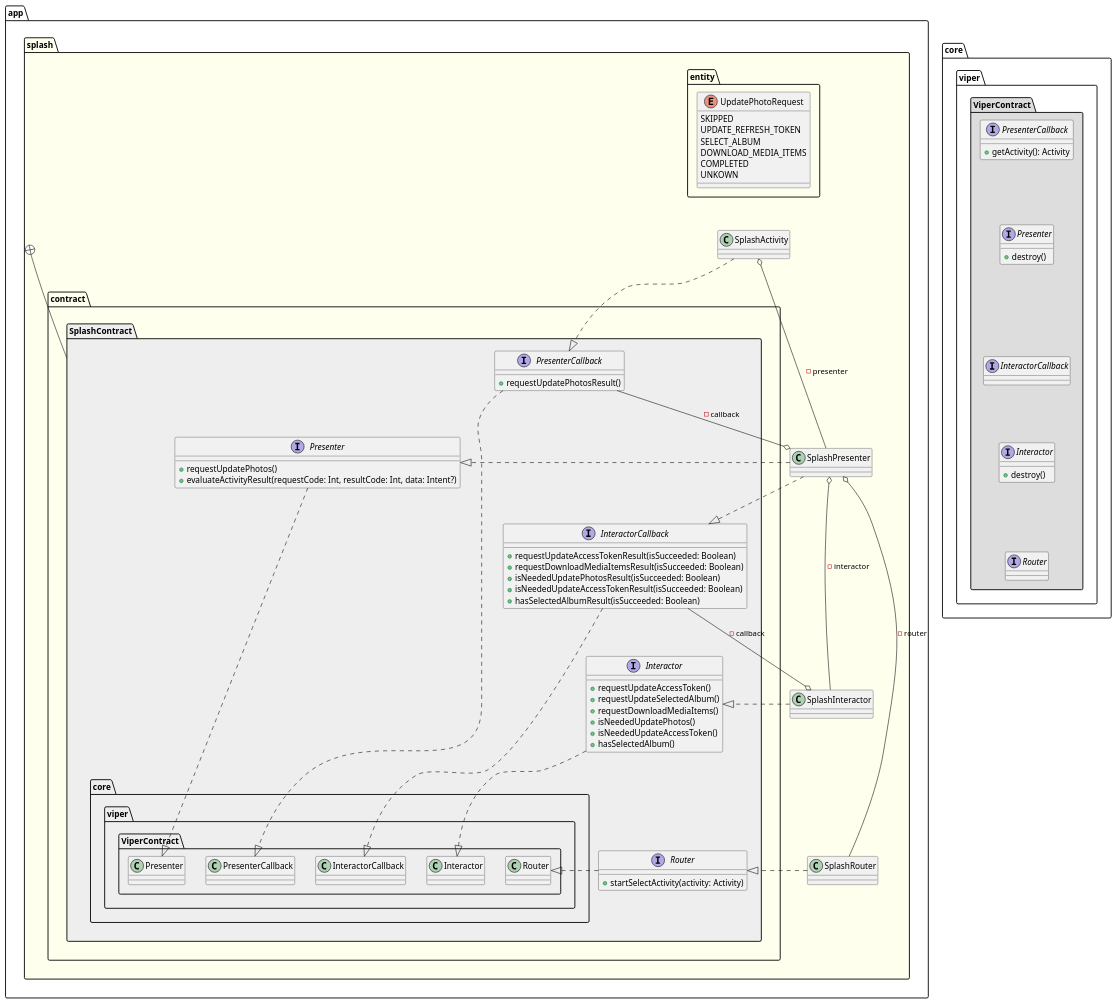
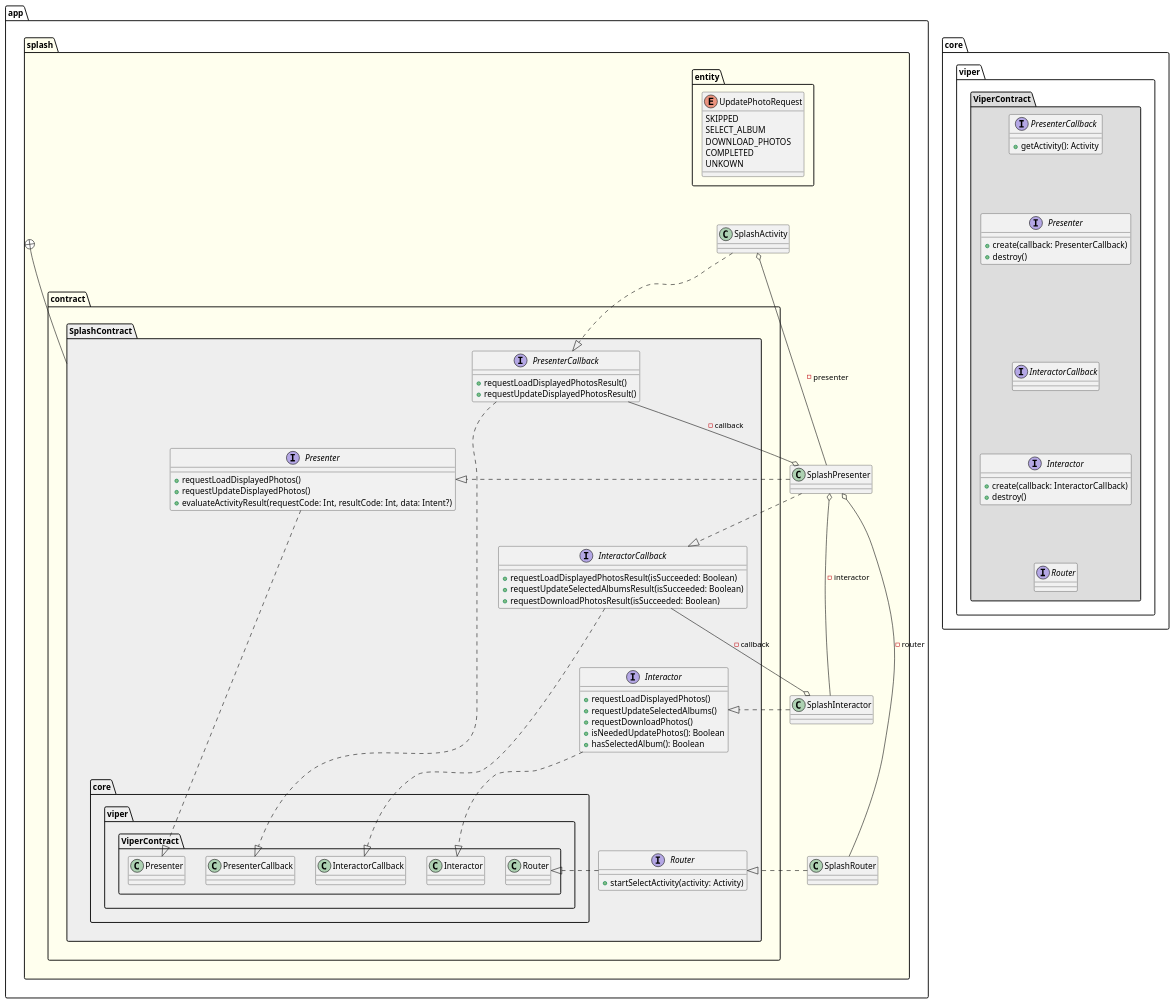
The diagram in uml/main/class_diagram_main_viper.md (sallyluenoa/PhotoSlideShow), drawn with PlantUML before and after one commit. The commit also changed 3 other files, not shown here.

First line of the commit message:
Write UML for design #13

```diff
--- a/uml/main/class_diagram_main_viper.md
+++ b/uml/main/class_diagram_main_viper.md
@@ -20,9 +20,8 @@
   namespace entity {
     enum UpdatePhotoRequest {
       SKIPPED
-      UPDATE_REFRESH_TOKEN
       SELECT_ALBUM
-      DOWNLOAD_MEDIA_ITEMS
+      DOWNLOAD_PHOTOS
       COMPLETED
       UNKOWN
     }
@@ -33,26 +32,25 @@
 
 namespace app.splash.contract.SplashContract #EEEEEE {
   interface Presenter {
-    + requestUpdatePhotos()
+    + requestLoadDisplayedPhotos()
+    + requestUpdateDisplayedPhotos()
     + evaluateActivityResult(requestCode: Int, resultCode: Int, data: Intent?)
   }
   interface PresenterCallback {
-    + requestUpdatePhotosResult()
+    + requestLoadDisplayedPhotosResult()
+    + requestUpdateDisplayedPhotosResult()
   }
   interface Interactor {
-    + requestUpdateAccessToken()
-    + requestUpdateSelectedAlbum()
-    + requestDownloadMediaItems()
-    + isNeededUpdatePhotos()
-    + isNeededUpdateAccessToken()
-    + hasSelectedAlbum()
+    + requestLoadDisplayedPhotos()
+    + requestUpdateSelectedAlbums()
+    + requestDownloadPhotos()
+    + isNeededUpdatePhotos(): Boolean
+    + hasSelectedAlbum(): Boolean
   }
   interface InteractorCallback {
-    + requestUpdateAccessTokenResult(isSucceeded: Boolean)
-    + requestDownloadMediaItemsResult(isSucceeded: Boolean)
-    + isNeededUpdatePhotosResult(isSucceeded: Boolean)
-    + isNeededUpdateAccessTokenResult(isSucceeded: Boolean)
-    + hasSelectedAlbumResult(isSucceeded: Boolean)
+    + requestLoadDisplayedPhotosResult(isSucceeded: Boolean)
+    + requestUpdateSelectedAlbumsResult(isSucceeded: Boolean)
+    + requestDownloadPhotosResult(isSucceeded: Boolean)
   }
   interface Router {
     + startSelectActivity(activity: Activity)
@@ -74,12 +72,14 @@
 
 namespace core.viper.ViperContract #DDDDDD {
   interface Presenter {
+    + create(callback: PresenterCallback)
     + destroy()
   }
   interface PresenterCallback {
     + getActivity(): Activity
   }
   interface Interactor {
+    + create(callback: InteractorCallback)
     + destroy()
   }
   interface InteractorCallback
@@ -90,5 +90,4 @@
   InteractorCallback -[hidden]-> Interactor
   Interactor -[hidden]-> Router
 }
-
 @enduml
```
